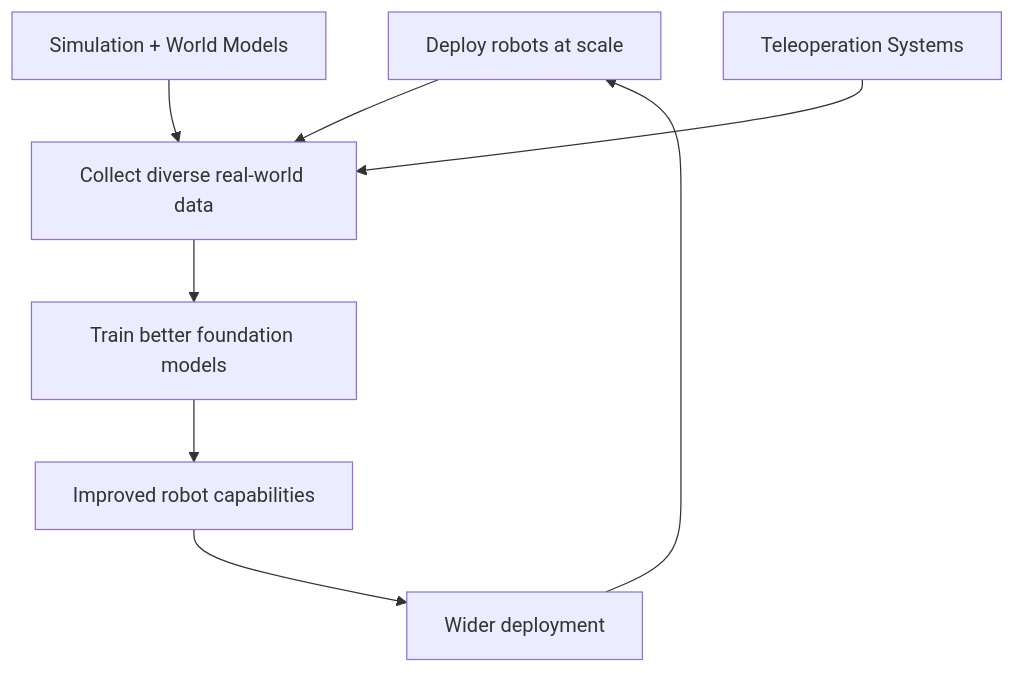
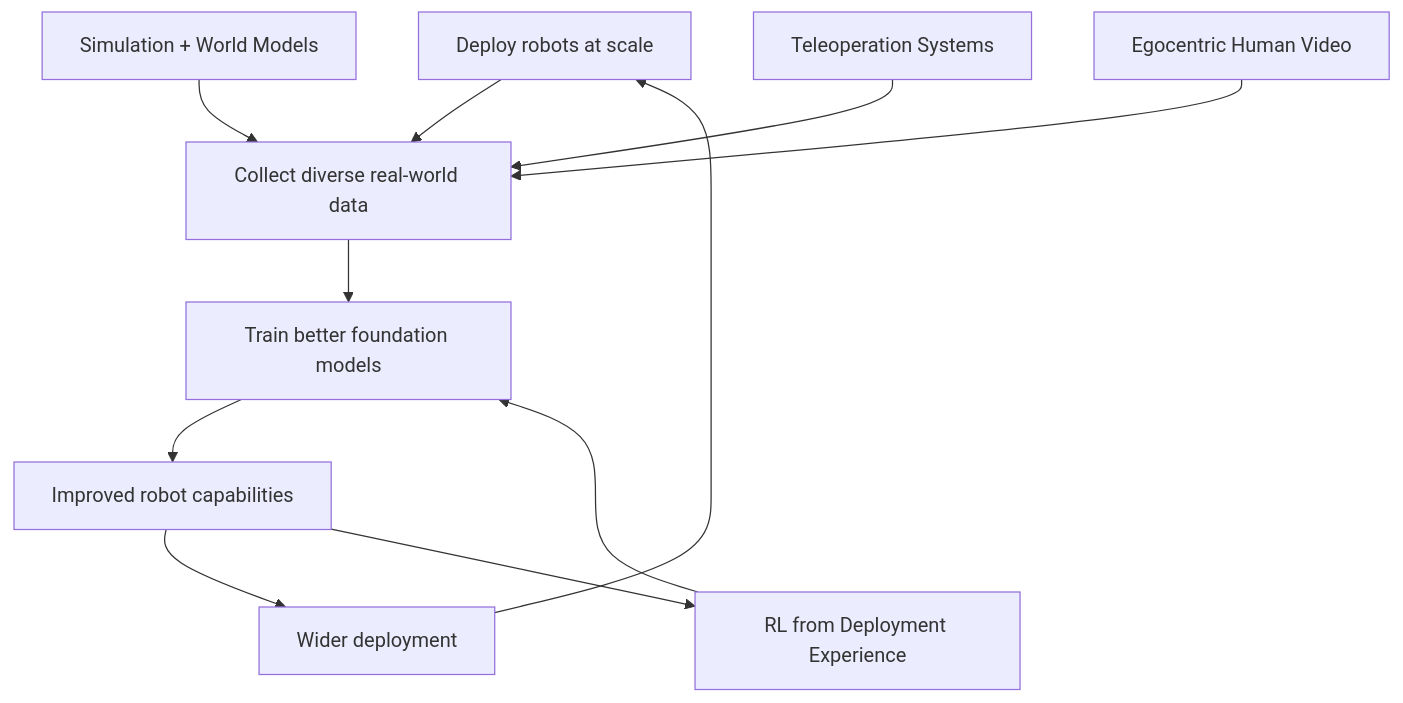
Before and after one commit to FrankHuang94/CV_learning_db_claude: the first of 2 diagrams in cv-knowledge-base/06_robotics_and_embodied_ai/07_pros_cons_roadmaps.md, drawn with Mermaid. The commit also changed other lines of this file and 103 other files, not shown here.

````diff
--- a/cv-knowledge-base/06_robotics_and_embodied_ai/07_pros_cons_roadmaps.md
+++ b/cv-knowledge-base/06_robotics_and_embodied_ai/07_pros_cons_roadmaps.md
@@ -108,10 +138,13 @@
 ```mermaid
 graph TD
     A[Deploy robots at scale] --> B[Collect diverse real-world data]
     B --> C[Train better foundation models]
     C --> D[Improved robot capabilities]
     D --> E[Wider deployment]
     E --> A
     F[Simulation + World Models] --> B
     G[Teleoperation Systems] --> B
+    H[Egocentric Human Video] --> B
+    D --> I[RL from Deployment Experience]
+    I --> C
 ```
````
